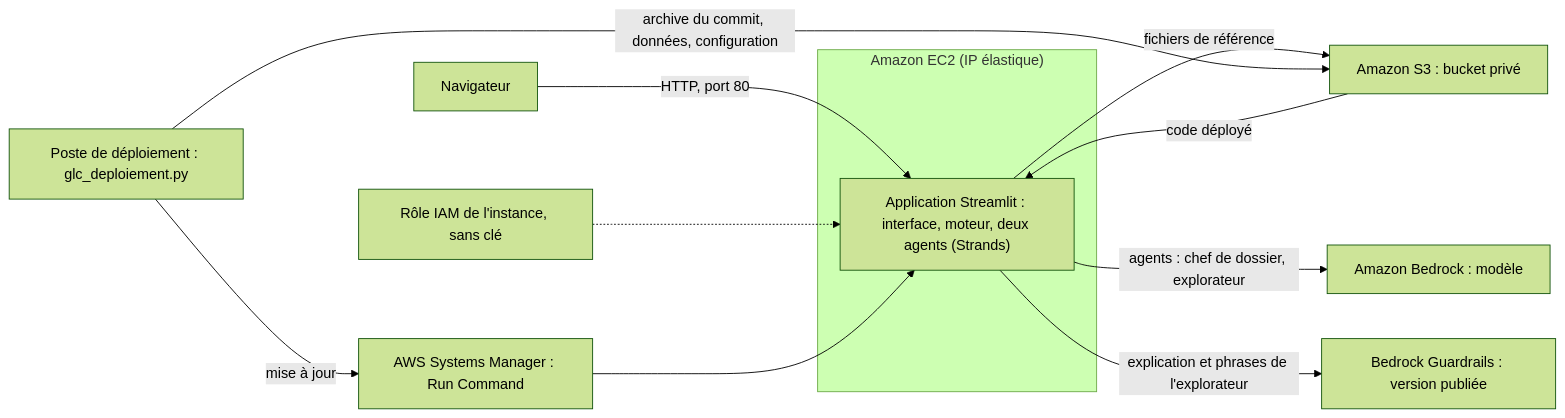
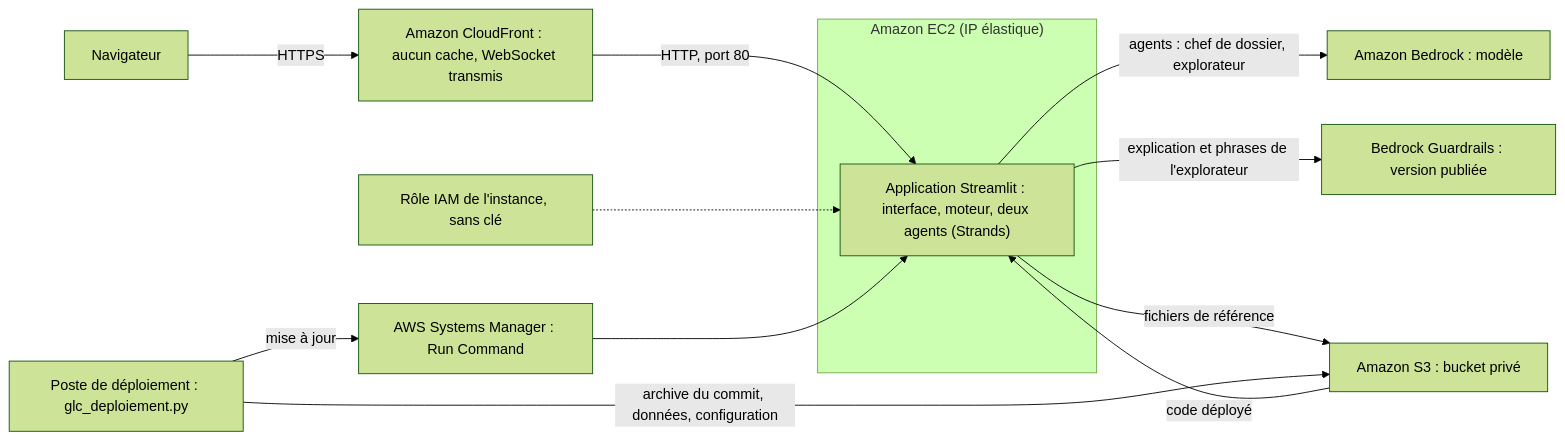
One commit to rrramoe/garder-le-cap changed the second of 2 diagrams in README.md. Above: the diagram before and after it, drawn with Mermaid (forest theme). The commit also changed other lines of this file, not shown here.

Commit message:
docs: README, adresse HTTPS par CloudFront, service et schéma d'architecture

````diff
--- a/README.md
+++ b/README.md
@@ -154,15 +155,16 @@
 ```mermaid
 flowchart LR
-    N["Navigateur"] -->|"HTTP, port 80"| A
+    N["Navigateur"] -->|"HTTPS"| CF["Amazon CloudFront : aucun cache, WebSocket transmis"]
+    CF -->|"HTTP, port 80"| A
     subgraph EC2["Amazon EC2 (IP élastique)"]
         A["Application Streamlit : interface, moteur, deux agents (Strands)"]
     end
     R["Rôle IAM de l'instance, sans clé"] -.-> A
     A -->|"agents : chef de dossier, explorateur"| B["Amazon Bedrock : modèle"]
     A -->|"explication et phrases de l'explorateur"| G["Bedrock Guardrails : version publiée"]
     A -->|"fichiers de référence"| S["Amazon S3 : bucket privé"]
     D["Poste de déploiement : glc_deploiement.py"] -->|"archive du commit, données, configuration"| S
     D -->|"mise à jour"| M["AWS Systems Manager : Run Command"]
     M --> A
     S -->|"code déployé"| A
 ```
````
